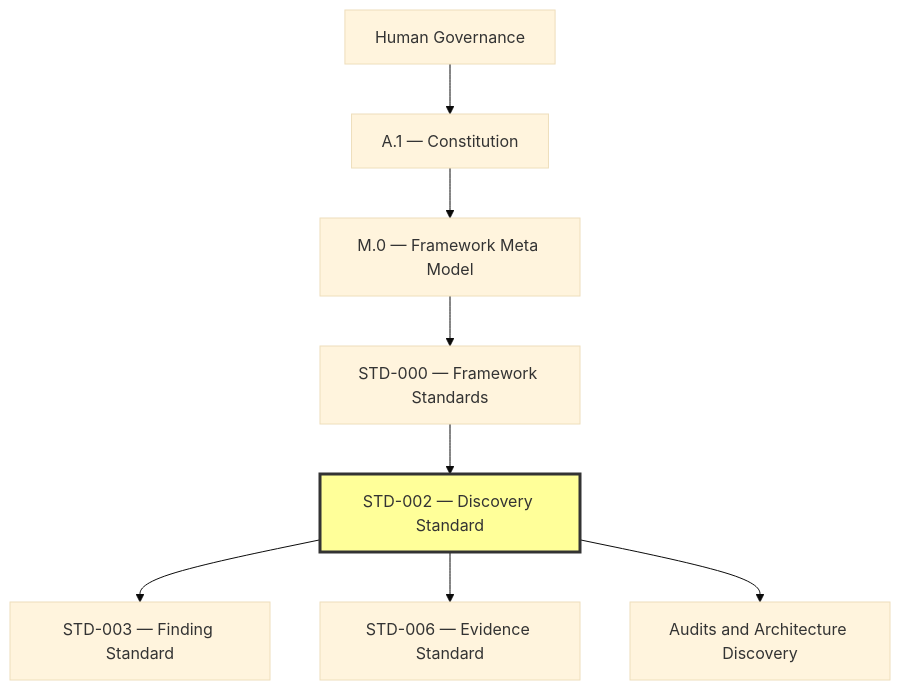
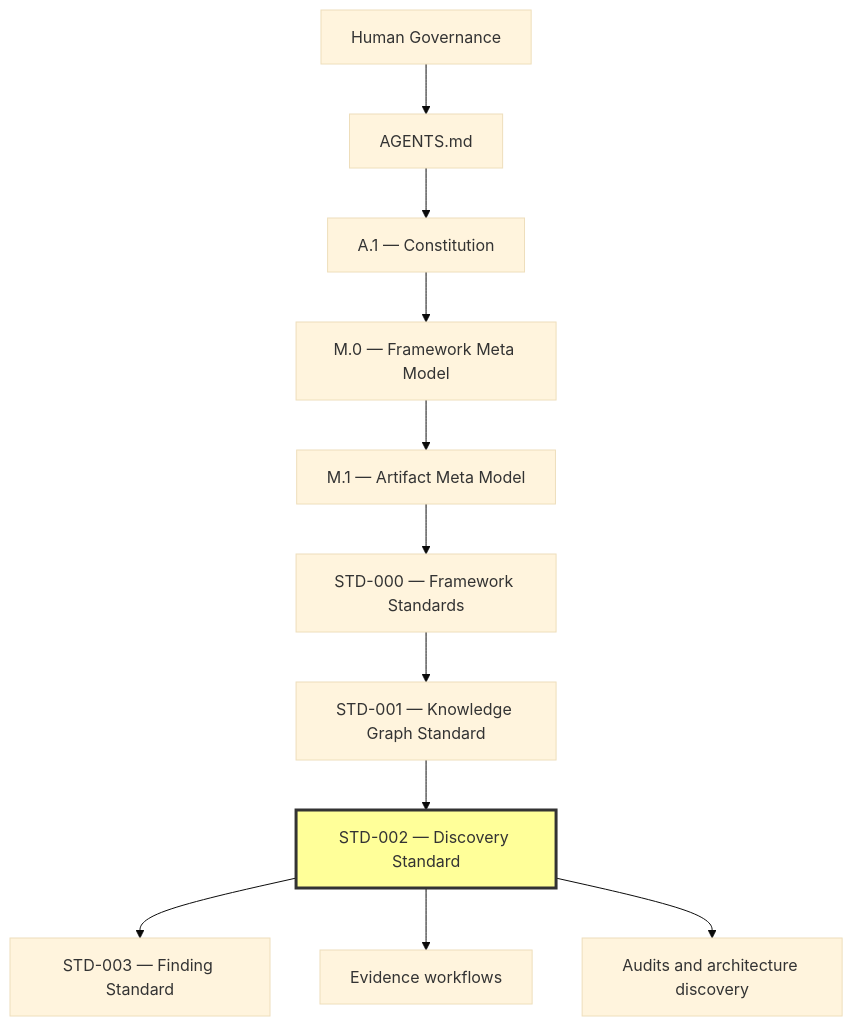
The first of 2 diagrams in docs/AI/Architecture/Standards/STD-002-Discovery-Standard.md (doallon/forge-ai), drawn with Mermaid (base theme) before and after one commit. The commit also changed other lines of this file, not shown here.

Commit message:
Finalize STD-002 publication consistency pass

````diff
--- a/docs/AI/Architecture/Standards/STD-002-Discovery-Standard.md
+++ b/docs/AI/Architecture/Standards/STD-002-Discovery-Standard.md
@@ -86,12 +93,15 @@
 ```mermaid
 graph TD
-    HG["Human Governance"] --> A1["A.1 — Constitution"]
+    HG["Human Governance"] --> AGENTS["AGENTS.md"]
+    AGENTS --> A1["A.1 — Constitution"]
     A1 --> M0["M.0 — Framework Meta Model"]
-    M0 --> STD000["STD-000 — Framework Standards"]
-    STD000 --> STD002["STD-002 — Discovery Standard"]
+    M0 --> M1["M.1 — Artifact Meta Model"]
+    M1 --> STD000["STD-000 — Framework Standards"]
+    STD000 --> STD001["STD-001 — Knowledge Graph Standard"]
+    STD001 --> STD002["STD-002 — Discovery Standard"]
     STD002 --> STD003["STD-003 — Finding Standard"]
-    STD002 --> STD006["STD-006 — Evidence Standard"]
-    STD002 --> AUDIT["Audits and Architecture Discovery"]
+    STD002 --> EVIDENCE["Evidence workflows"]
+    STD002 --> AUDIT["Audits and architecture discovery"]
 
     style STD002 fill:#ff9,stroke:#333,stroke-width:3px
 ```
````
